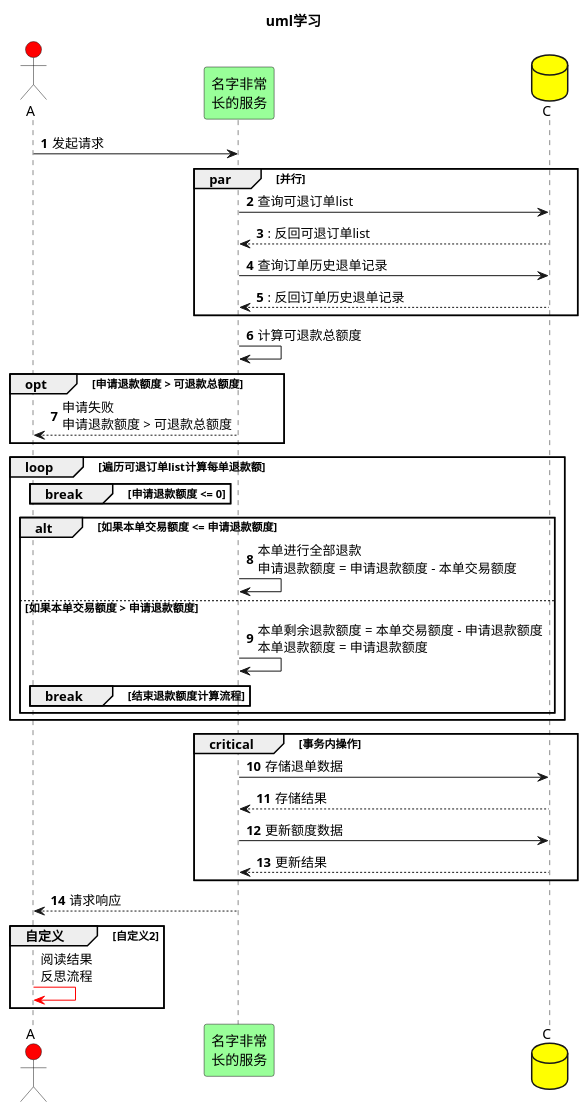
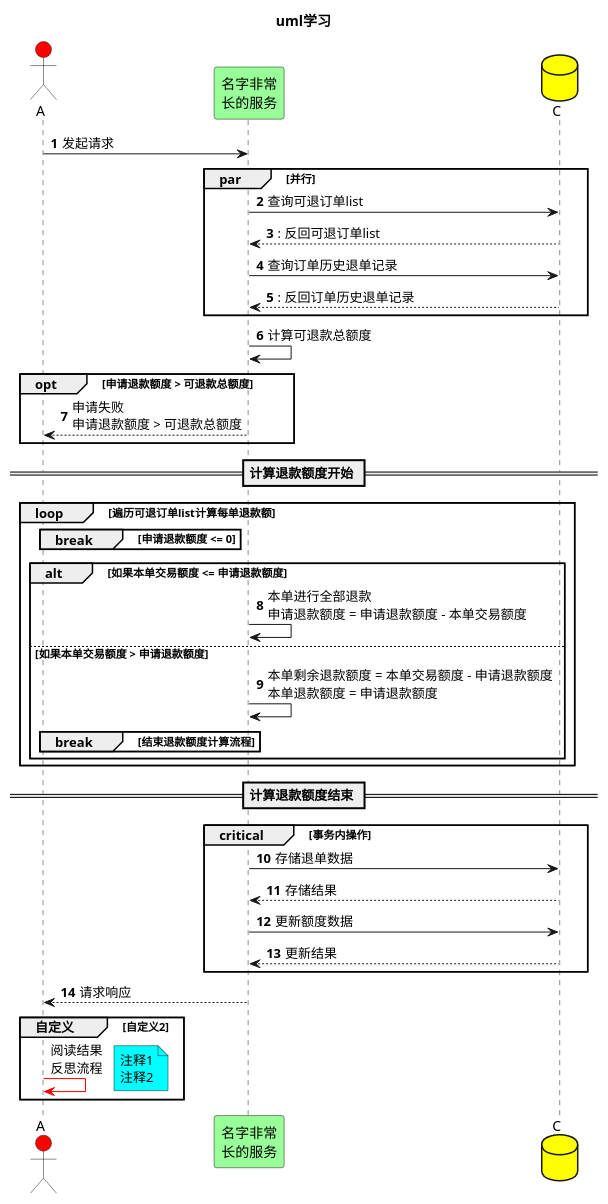
Before and after one commit to dictionaryshi/wxjj: the diagram in diagram/Demo.puml, drawn with PlantUML.

Commit message:
Demo.puml

```diff
--- a/diagram/Demo.puml
+++ b/diagram/Demo.puml
@@ -1,52 +1,55 @@
 @startuml
 'uml学习'
 
 title uml学习
 
 actor A #red
 participant B as "名字非常\n长的服务" #99FF99
 database C #yellow
 
 autonumber 1
 A -> B: 发起请求
 
 par 并行
 B -> C: 查询可退订单list
 return: 反回可退订单list
 B -> C: 查询订单历史退单记录
 return: 反回订单历史退单记录
 end
 
 B -> B: 计算可退款总额度
 opt 申请退款额度 > 可退款总额度
 B --> A: 申请失败\n申请退款额度 > 可退款总额度
 end
 
+== 计算退款额度开始 ==
 loop 遍历可退订单list计算每单退款额
 break 申请退款额度 <= 0
 end
 
 alt 如果本单交易额度 <= 申请退款额度
 B -> B: 本单进行全部退款\n申请退款额度 = 申请退款额度 - 本单交易额度
 else 如果本单交易额度 > 申请退款额度
 B -> B: 本单剩余退款额度 = 本单交易额度 - 申请退款额度\n本单退款额度 = 申请退款额度
 break 结束退款额度计算流程
 end
 end
 end
+== 计算退款额度结束 ==
 
 critical 事务内操作
 B -> C: 存储退单数据
 return 存储结果
 B -> C: 更新额度数据
 return 更新结果
 end
 
 B --> A: 请求响应
 autonumber stop
 
 group 自定义 [自定义2]
 A -[#red]> A: 阅读结果\n反思流程
+note right #aqua : 注释1\n注释2
 end
 
 @enduml
```
